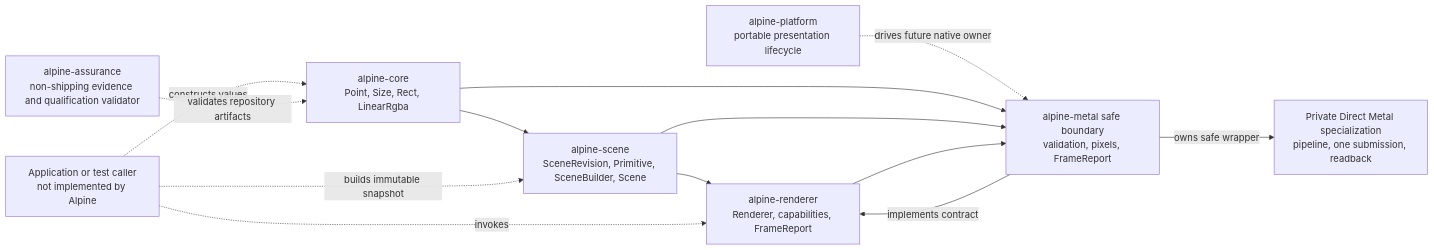
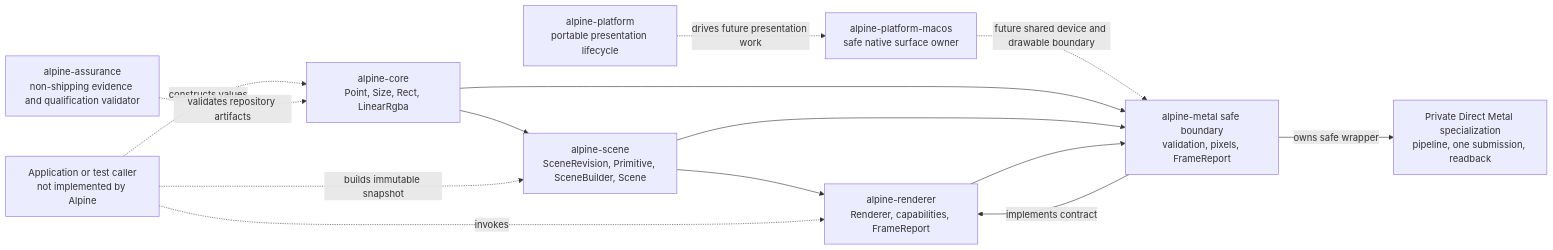
One commit to dbuddha/alpine-gpui changed the first of 7 diagrams in ARCHITECTURE.md. Above: the diagram before and after it, drawn with Mermaid. The commit also changed other lines of this file and 11 other files, not shown here.

First line of the commit message:
feat(macos): own paused native Metal surface

````diff
--- a/ARCHITECTURE.md
+++ b/ARCHITECTURE.md
@@ -21,23 +26,25 @@
 ```mermaid
 flowchart LR
     caller["Application or test caller<br/>not implemented by Alpine"]
     core["alpine-core<br/>Point, Size, Rect, LinearRgba"]
     scene["alpine-scene<br/>SceneRevision, Primitive, SceneBuilder, Scene"]
     renderer["alpine-renderer<br/>Renderer, capabilities, FrameReport"]
     platform["alpine-platform<br/>portable presentation lifecycle"]
+    macos["alpine-platform-macos<br/>safe native surface owner"]
     metal["alpine-metal safe boundary<br/>validation, pixels, FrameReport"]
     native["Private Direct Metal specialization<br/>pipeline, one submission, readback"]
     assurance["alpine-assurance<br/>non-shipping evidence and qualification validator"]
 
     core --> scene --> renderer
-    platform -. "drives future native owner" .-> metal
+    platform -. "drives future presentation work" .-> macos
+    macos -. "future shared device and drawable boundary" .-> metal
     core --> metal
     scene --> metal
     renderer --> metal
     metal -->|"implements contract"| renderer
     metal -->|"owns safe wrapper"| native
     caller -. "constructs values" .-> core
     caller -. "builds immutable snapshot" .-> scene
     caller -. "invokes" .-> renderer
     assurance -. "validates repository artifacts" .-> core
 ```
````
